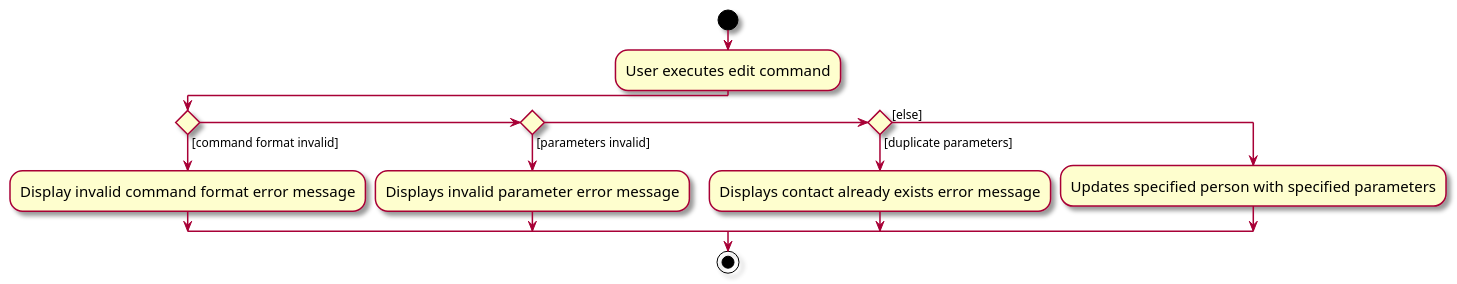
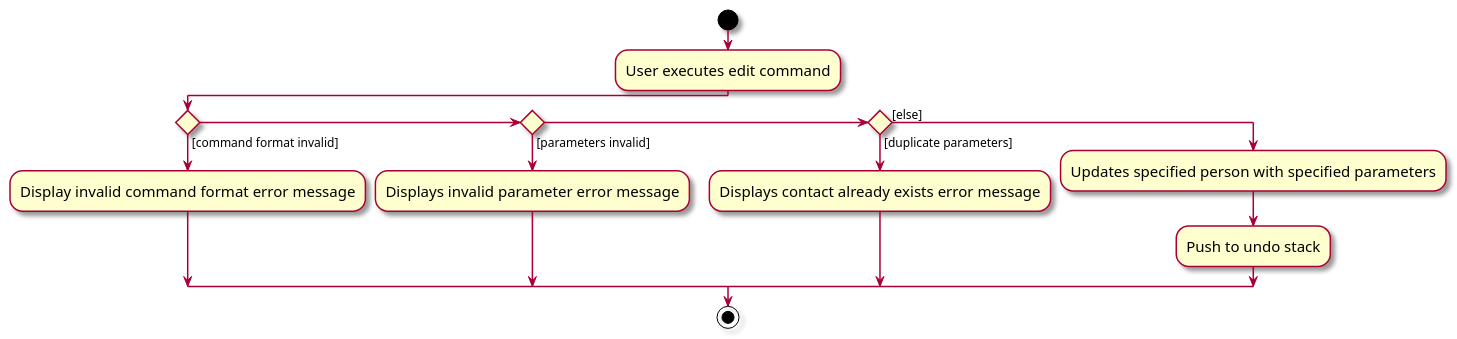
The diagram in docs/diagrams/EditActivityDiagram.puml (nus-cs2103-AY2425S1/tp), drawn with PlantUML before and after one commit.

Commit message:
Add undo stack

```diff
--- a/docs/diagrams/EditActivityDiagram.puml
+++ b/docs/diagrams/EditActivityDiagram.puml
@@ -1,22 +1,23 @@
 @startuml
 skin rose
 skinparam ActivityFontSize 15
 skinparam ArrowFontSize 12
 start
 :User executes edit command;
 
 'Since the beta syntax does not support placing the condition outside the
 'diamond we place it as the true branch instead.
 
 if () then ([command format invalid])
     :Display invalid command format error message;
 elseif () then ([parameters invalid])
     :Displays invalid parameter error message;
 elseif () then ([duplicate parameters])
     :Displays contact already exists error message;
 else ([else])
     :Updates specified person with specified parameters;
+    :Push to undo stack;
 
 endif
 stop
 @enduml
```
